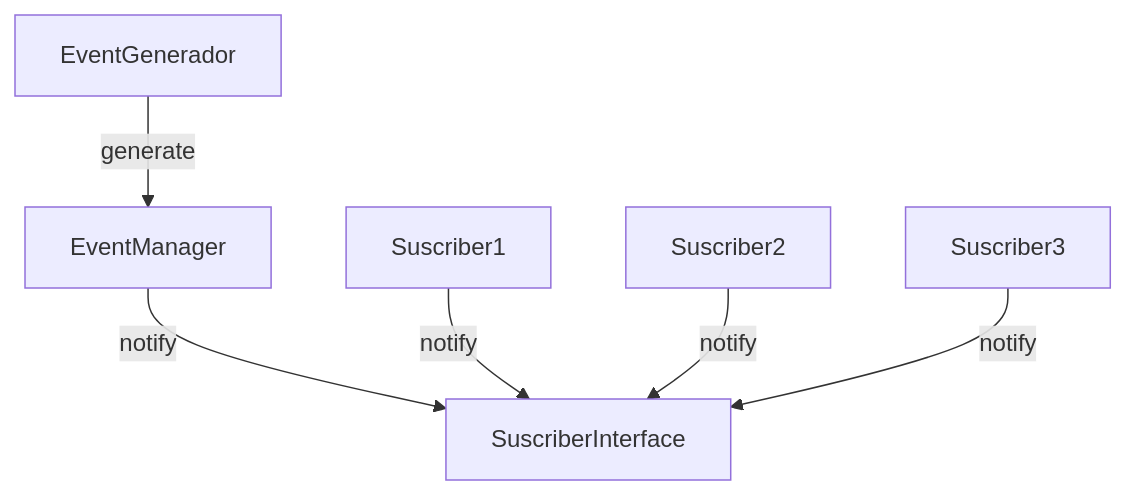
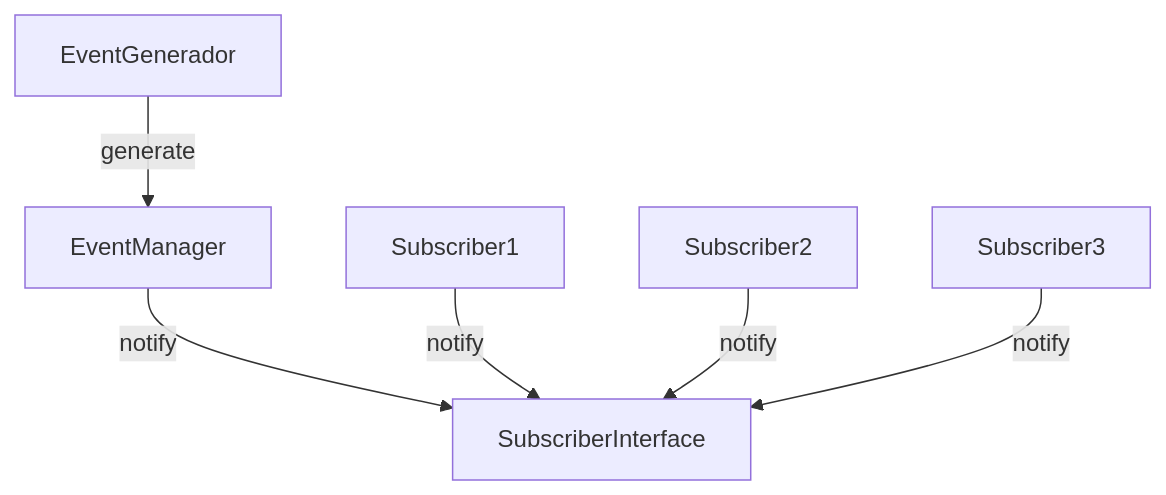
The fifth of 7 diagrams in README.md (jmfernandezg/kotlinDesignPatterns), drawn with Mermaid before and after one commit. The commit also changed other lines of this file and 4 other files, not shown here.

````diff
--- a/README.md
+++ b/README.md
@@ -169,10 +169,10 @@
 ```mermaid
 
 flowchart TB
   EventGenerador-->|generate| EventManager
-  EventManager -->|notify| SuscriberInterface
-  Suscriber1 -->|notify| SuscriberInterface
-  Suscriber2 -->|notify| SuscriberInterface
-  Suscriber3 -->|notify| SuscriberInterface
+  EventManager -->|notify| SubscriberInterface
+  Subscriber1 -->|notify| SubscriberInterface
+  Subscriber2 -->|notify| SubscriberInterface
+  Subscriber3 -->|notify| SubscriberInterface
 
 ```
````
